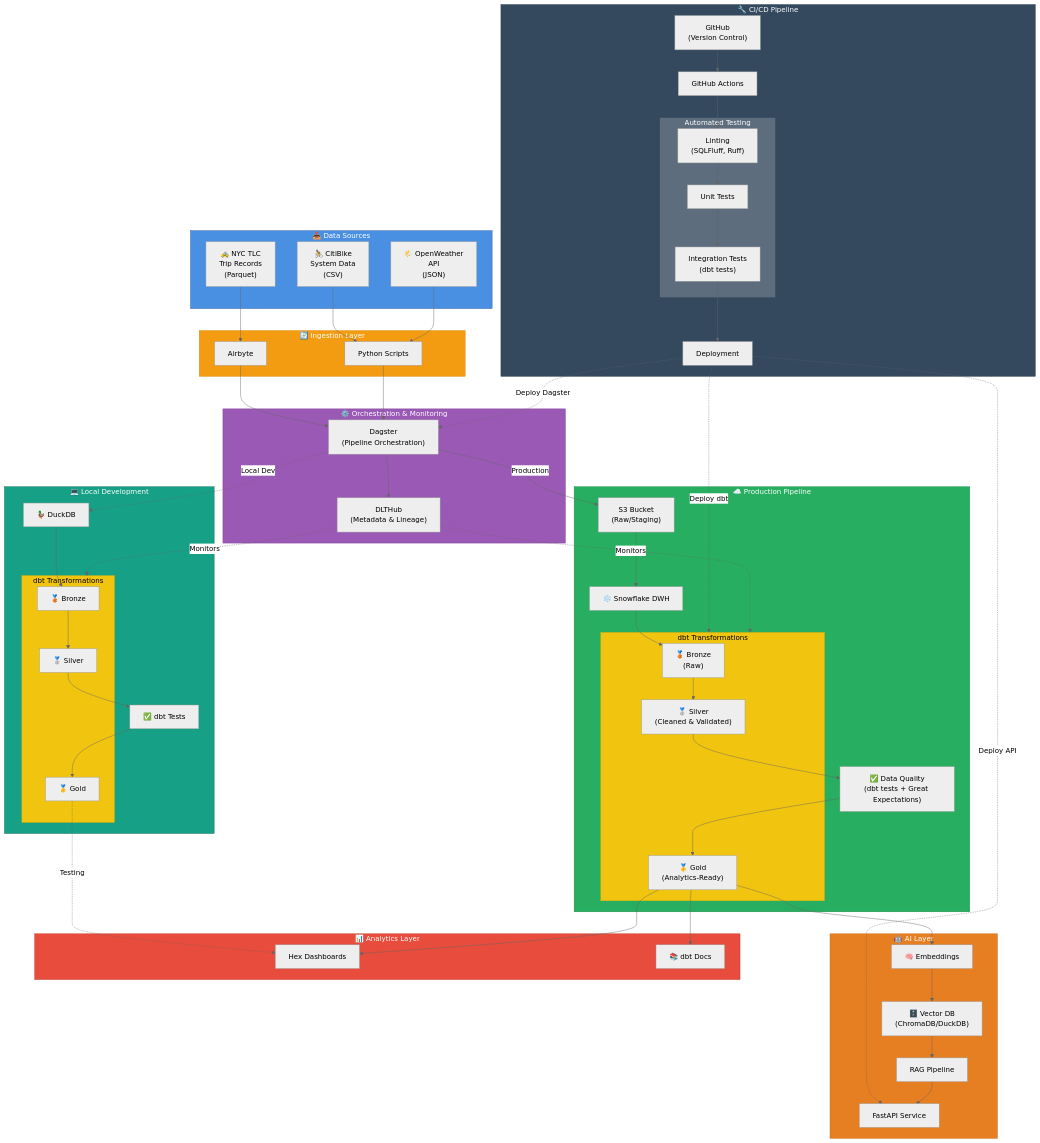
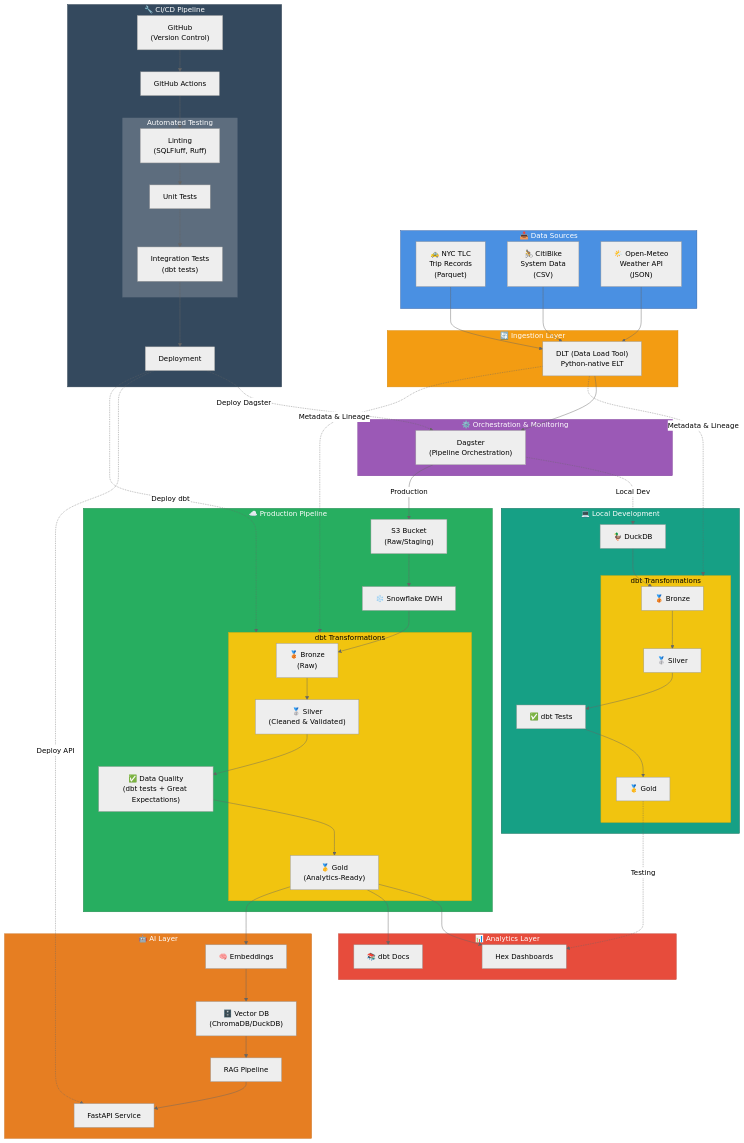
The first of 2 diagrams in README.md (brandoncgay/nyc-mobility-weather-analytics), drawn with Mermaid (neutral theme) before and after one commit. The commit also changed other lines of this file and 2 other files, not shown here.

Commit message:
Update README and data model documentation for Open-Meteo API integration and spatial accuracy details

```diff
--- a/README.md
+++ b/README.md
@@ -50,17 +50,15 @@
     subgraph sources["📥 Data Sources"]
         taxi["🚕 NYC TLC<br/>Trip Records<br/>(Parquet)"]
         bike["🚴 CitiBike<br/>System Data<br/>(CSV)"]
-        weather["🌤️ OpenWeather<br/>API<br/>(JSON)"]
+        weather["🌤️ Open-Meteo<br/>Weather API<br/>(JSON)"]
     end
 
     subgraph ingestion["🔄 Ingestion Layer"]
-        airbyte["Airbyte"]
-        python["Python Scripts"]
+        dlt["DLT (Data Load Tool)<br/>Python-native ELT"]
     end
 
     subgraph orchestration["⚙️ Orchestration & Monitoring"]
         dagster["Dagster<br/>(Pipeline Orchestration)"]
-        dlt["DLTHub<br/>(Metadata & Lineage)"]
     end
 
     subgraph dev["💻 Local Development"]
@@ -107,14 +105,14 @@
         deploy["Deployment"]
     end
 
-    taxi --> airbyte
-    bike --> python
-    weather --> python
+    taxi --> dlt
+    bike --> dlt
+    weather --> dlt
 
-    airbyte --> dagster
-    python --> dagster
+    dlt --> dagster
+    dlt -.->|Metadata & Lineage| dbt_dev
+    dlt -.->|Metadata & Lineage| dbt_prod
 
-    dagster --> dlt
     dagster -.->|Local Dev| duckdb_dev
     dagster -->|Production| s3
 
@@ -147,9 +145,6 @@
     vectordb --> rag
     rag --> api
 
-    dlt -.->|Monitors| dbt_dev
-    dlt -.->|Monitors| dbt_prod
-
     style sources fill:#4a90e2,stroke:#2c5aa0,color:#fff
     style ingestion fill:#f39c12,stroke:#d68910,color:#fff
     style orchestration fill:#9b59b6,stroke:#7d3c98,color:#fff
```
